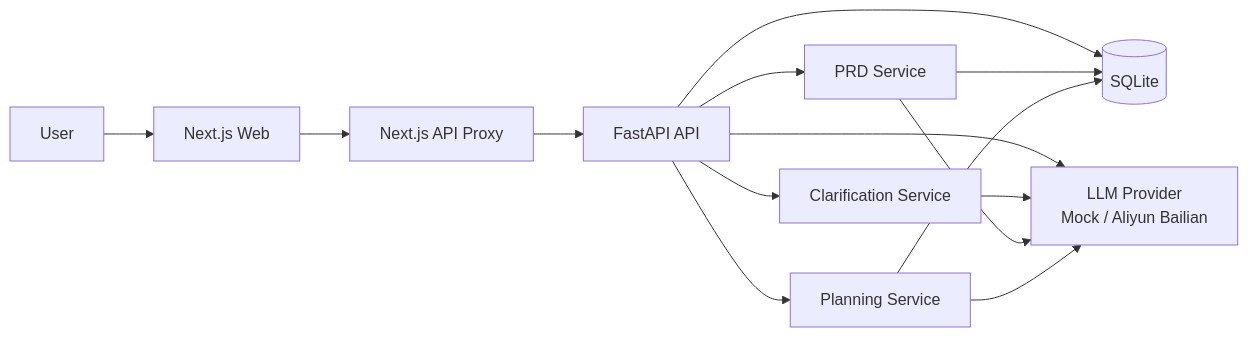
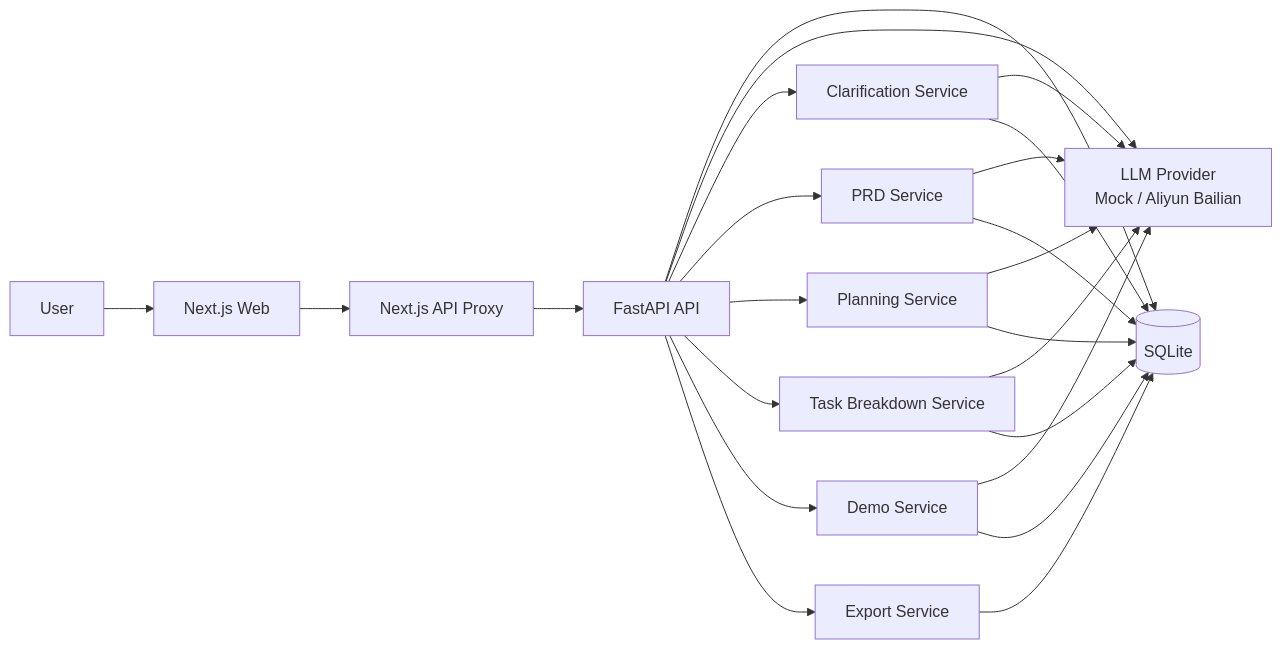
The diagram in README.md (Chen12413/buildflow-ai), drawn with Mermaid before and after one commit. The commit also changed other lines of this file and 74 other files, not shown here.

````diff
--- a/README.md
+++ b/README.md
@@ -71,16 +100,25 @@
 ```mermaid
 flowchart LR
   U[User] --> W[Next.js Web]
   W --> P[Next.js API Proxy]
   P --> A[FastAPI API]
   A --> D[(SQLite)]
   A --> L[LLM Provider\nMock / Aliyun Bailian]
   A --> C1[Clarification Service]
   A --> C2[PRD Service]
   A --> C3[Planning Service]
+  A --> C4[Task Breakdown Service]
+  A --> C5[Demo Service]
+  A --> E[Export Service]
   C1 --> L
   C2 --> L
   C3 --> L
+  C4 --> L
+  C5 --> L
+  C1 --> D
   C2 --> D
   C3 --> D
+  C4 --> D
+  C5 --> D
+  E --> D
 ```
````
